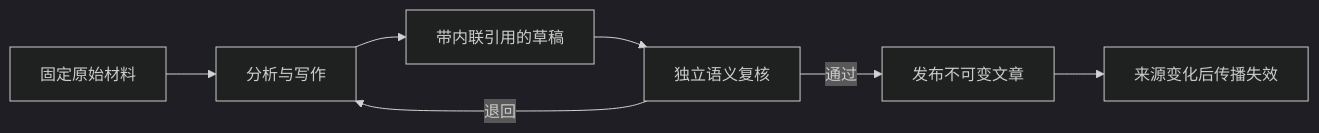
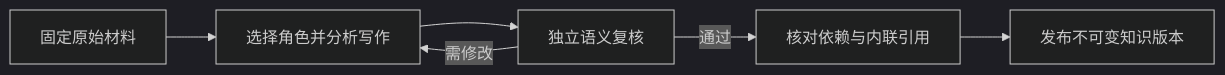
One commit to lejunyang/omem changed the diagram in .repo-review/knowledge/articles/6b734c7cdc9d476ff9167d11ed7df68b14c2a2d9bcd5bbb8e5e559398a790494.md. Above: the diagram before and after it, drawn with Mermaid (dark theme). The commit also changed other lines of this file and 234 other files, not shown here.

````diff
--- a/.repo-review/knowledge/articles/6b734c7cdc9d476ff9167d11ed7df68b14c2a2d9bcd5bbb8e5e559398a790494.md
+++ b/.repo-review/knowledge/articles/6b734c7cdc9d476ff9167d11ed7df68b14c2a2d9bcd5bbb8e5e559398a790494.md
@@ -17,9 +19,8 @@
 ```mermaid
 flowchart LR
-  A[固定原始材料] --> B[分析与写作]
-  B --> C[带内联引用的草稿]
-  C --> D[独立语义复核]
-  D -->|通过| E[发布不可变文章]
-  D -->|退回| B
-  E --> F[来源变化后传播失效]
+  A[固定原始材料] --> B[选择角色并分析写作]
+  B --> C[独立语义复核]
+  C -->|需修改| B
+  C -->|通过| D[核对依赖与内联引用]
+  D --> E[发布不可变知识版本]
 ```
````
